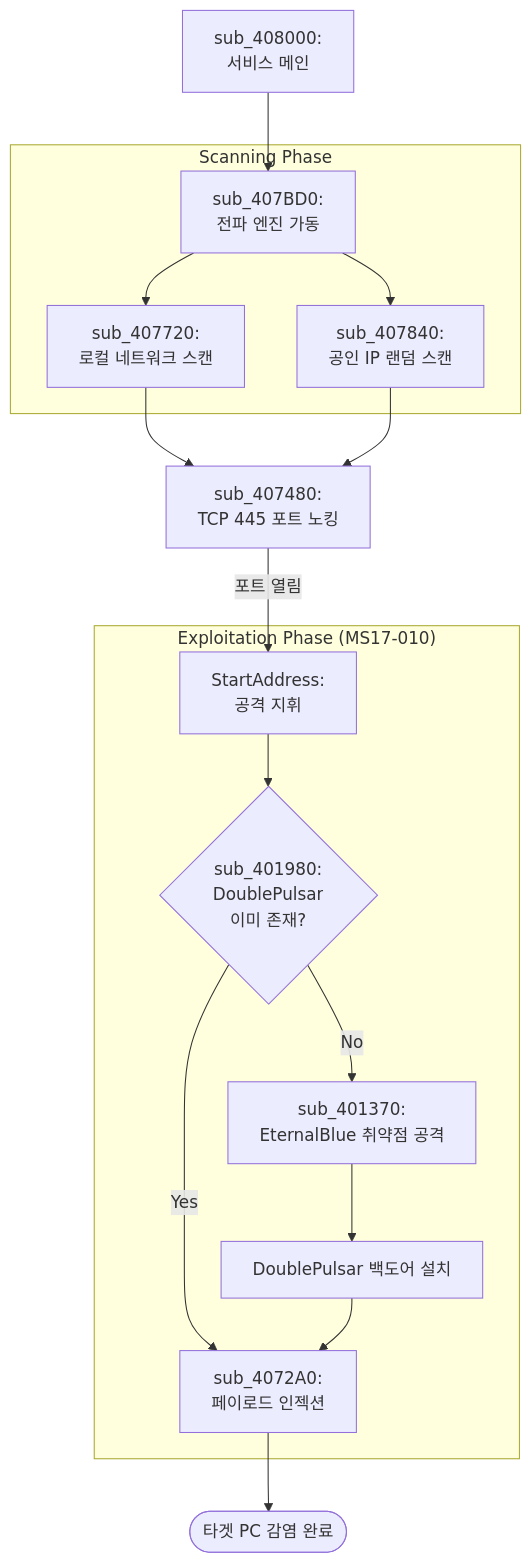
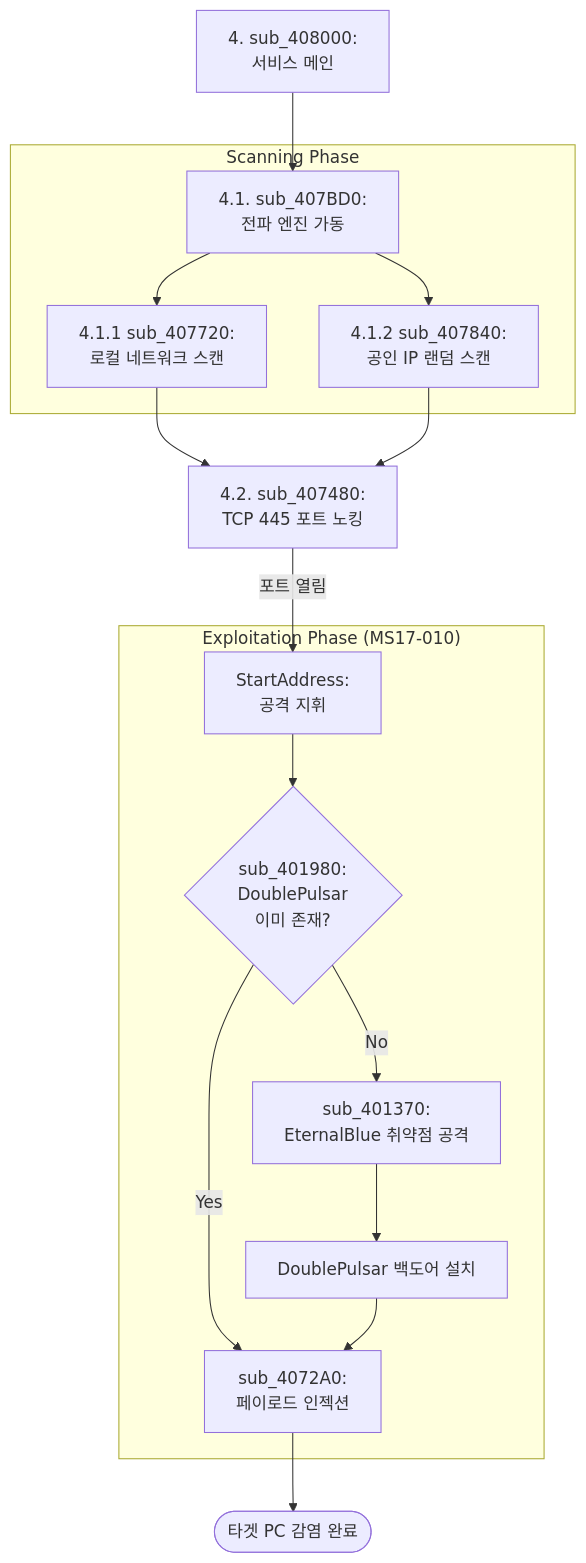
Before and after one commit to BentLock/analysisWC: the second of 2 diagrams in mssecsvc.exe/README.md, drawn with Mermaid. The commit also changed other lines of this file and 2 other files, not shown here.

````diff
--- a/mssecsvc.exe/README.md
+++ b/mssecsvc.exe/README.md
@@ -101,23 +105,23 @@
 ```mermaid
 graph TD
-    ServiceStart[sub_408000:<br/>서비스 메인] --> WormEngine[sub_407BD0:<br/>전파 엔진 가동]
+    ServiceStart[4. sub_408000:<br/>서비스 메인] --> WormEngine[4.1. sub_407BD0:<br/>전파 엔진 가동]
     
     subgraph "Scanning Phase"
-        WormEngine --> LANScan[sub_407720:<br/>로컬 네트워크 스캔]
-        WormEngine --> WANScan[sub_407840:<br/>공인 IP 랜덤 스캔]
+        WormEngine --> LANScan[4.1.1 sub_407720:<br/>로컬 네트워크 스캔]
+        WormEngine --> WANScan[4.1.2 sub_407840:<br/>공인 IP 랜덤 스캔]
     end
     
-    LANScan & WANScan --> PortCheck[sub_407480:<br/>TCP 445 포트 노킹]
+    LANScan & WANScan --> PortCheck[4.2. sub_407480:<br/>TCP 445 포트 노킹]
     
     PortCheck -- "포트 열림" --> ExploitManager[StartAddress:<br/>공격 지휘]
     
     subgraph "Exploitation Phase (MS17-010)"
         ExploitManager --> CheckBackdoor{sub_401980:<br/>DoublePulsar<br/>이미 존재?}
         CheckBackdoor -- "No" --> EternalBlue[sub_401370:<br/>EternalBlue 취약점 공격]
         EternalBlue --> InstallBackdoor[DoublePulsar 백도어 설치]
         CheckBackdoor -- "Yes" --> InjectPayload[sub_4072A0:<br/>페이로드 인젝션]
         InstallBackdoor --> InjectPayload
     end
     
     InjectPayload --> InfectionSuccess([타겟 PC 감염 완료])
 ```
````
